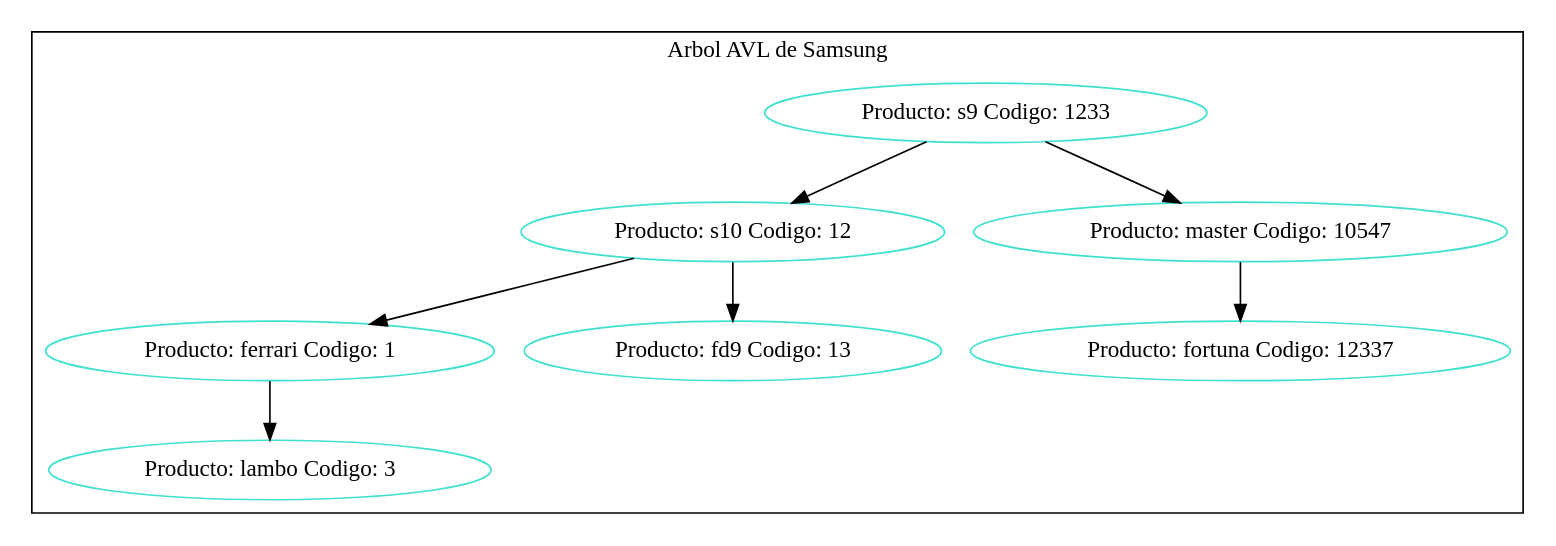
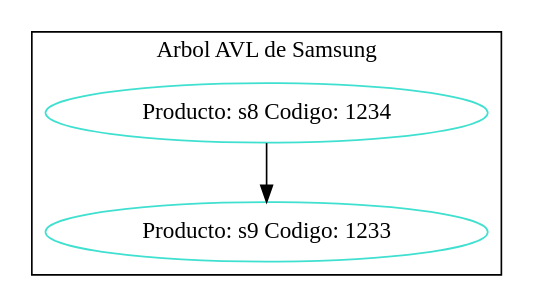
Before and after one commit to MarvEdCV/EDD_VirtualMall_201905554: the diagram in F2/Backend/Arboles/SamsungAVL.dot, drawn with Graphviz. The commit also changed 5 other files, not shown here.

```diff
--- a/F2/Backend/Arboles/SamsungAVL.dot
+++ b/F2/Backend/Arboles/SamsungAVL.dot
@@ -1,18 +1,8 @@
 digraph Hash{
 node [color ="turquoise"];
 subgraph clusterMarco {label="Arbol AVL de Samsung";color=black;
+node[label="Producto: s8 Codigo: 1234"]1234;
 node[label="Producto: s9 Codigo: 1233"]1233;
-node[label="Producto: s10 Codigo: 12"]12;
-node[label="Producto: ferrari Codigo: 1"]1;
-node[label="Producto: lambo Codigo: 3"]3;
-node[label="Producto: fd9 Codigo: 13"]13;
-node[label="Producto: master Codigo: 10547"]10547;
-node[label="Producto: fortuna Codigo: 12337"]12337;
-1->3;
-12->1;
-12->13;
-1233->12;
-10547->12337;
-1233->10547;
+1234->1233;
 }
 }
```
